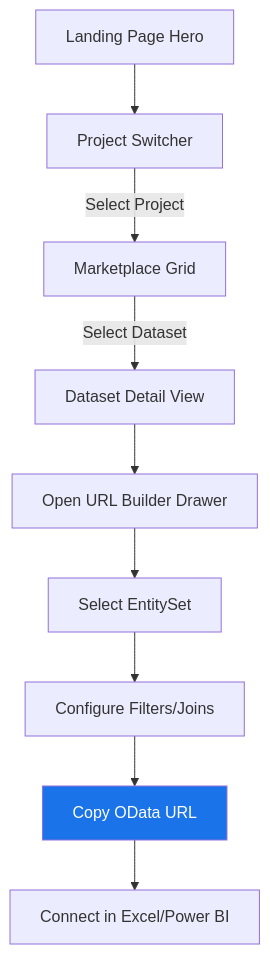
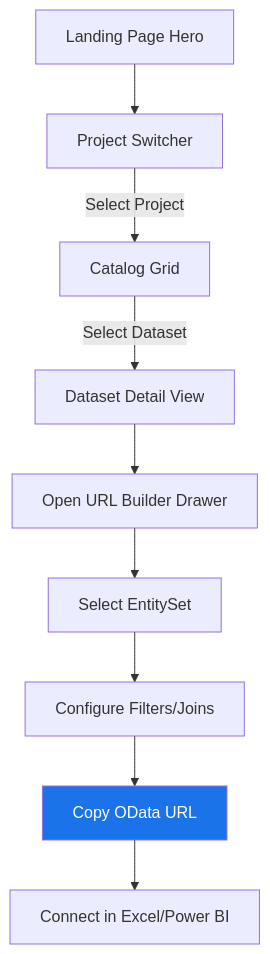
The first of 2 diagrams in _bmad-output/planning-artifacts/ux-design-specification.md (AmineMokhtari/odata-gateway-bq), drawn with Mermaid before and after one commit. The commit also changed other lines of this file and 75 other files, not shown here.

Commit message:
docs: update terminology from Marketplace to Catalog and document recent evolutions

````diff
--- a/_bmad-output/planning-artifacts/ux-design-specification.md
+++ b/_bmad-output/planning-artifacts/ux-design-specification.md
@@ -104,12 +104,12 @@
 ```mermaid
 graph TD
     A[Landing Page Hero] --> B[Project Switcher]
-    B -->|Select Project| C[Marketplace Grid]
+    B -->|Select Project| C[Catalog Grid]
     C -->|Select Dataset| D[Dataset Detail View]
     D --> E[Open URL Builder Drawer]
     E --> F[Select EntitySet]
     F --> G[Configure Filters/Joins]
     G --> H[Copy OData URL]
     H --> I[Connect in Excel/Power BI]
     style H fill:#1a73e8,color:#fff
 ```
````
